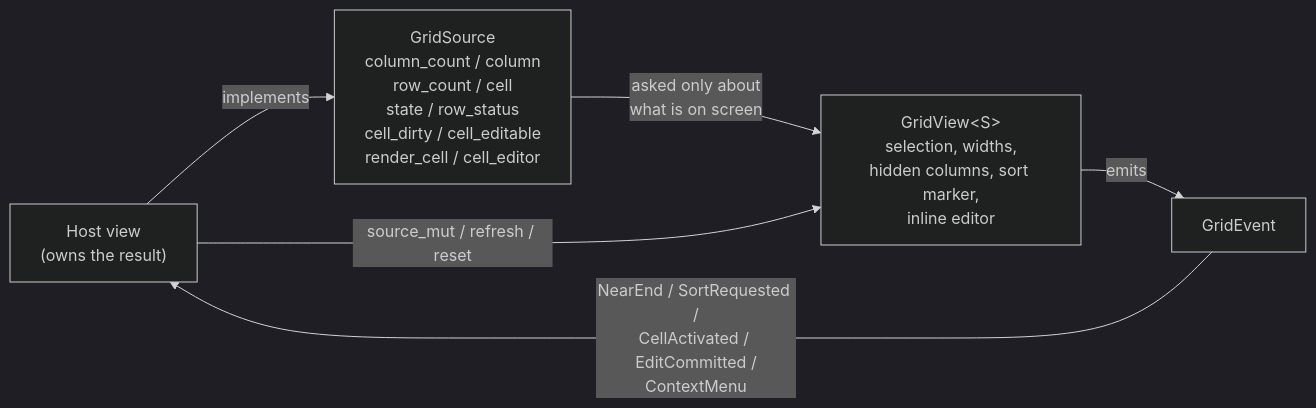
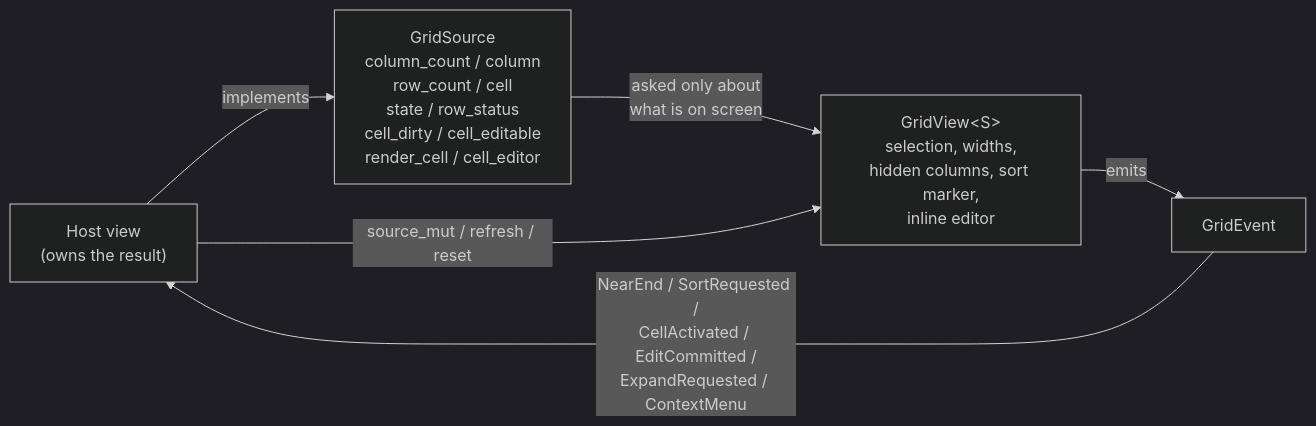
Before and after one commit to xcomart/rugpui: the diagram in docs/grid.md, drawn with Mermaid (dark theme). The commit also changed other lines of this file and 11 other files, not shown here.

````diff
--- a/docs/grid.md
+++ b/docs/grid.md
@@ -19,13 +19,13 @@
 ```mermaid
 flowchart LR
     H["Host view<br/>(owns the result)"]
     S["GridSource<br/>column_count / column<br/>row_count / cell<br/>state / row_status<br/>cell_dirty / cell_editable<br/>render_cell / cell_editor"]
     G["GridView&lt;S&gt;<br/>selection, widths,<br/>hidden columns, sort marker,<br/>inline editor"]
     E["GridEvent"]
 
     H -- "implements" --> S
     S -- "asked only about<br/>what is on screen" --> G
     G -- "emits" --> E
-    E -- "NearEnd / SortRequested /<br/>CellActivated / EditCommitted /<br/>ContextMenu" --> H
+    E -- "NearEnd / SortRequested /<br/>CellActivated / EditCommitted /<br/>ExpandRequested / ContextMenu" --> H
     H -- "source_mut / refresh / reset" --> G
 ```
````
